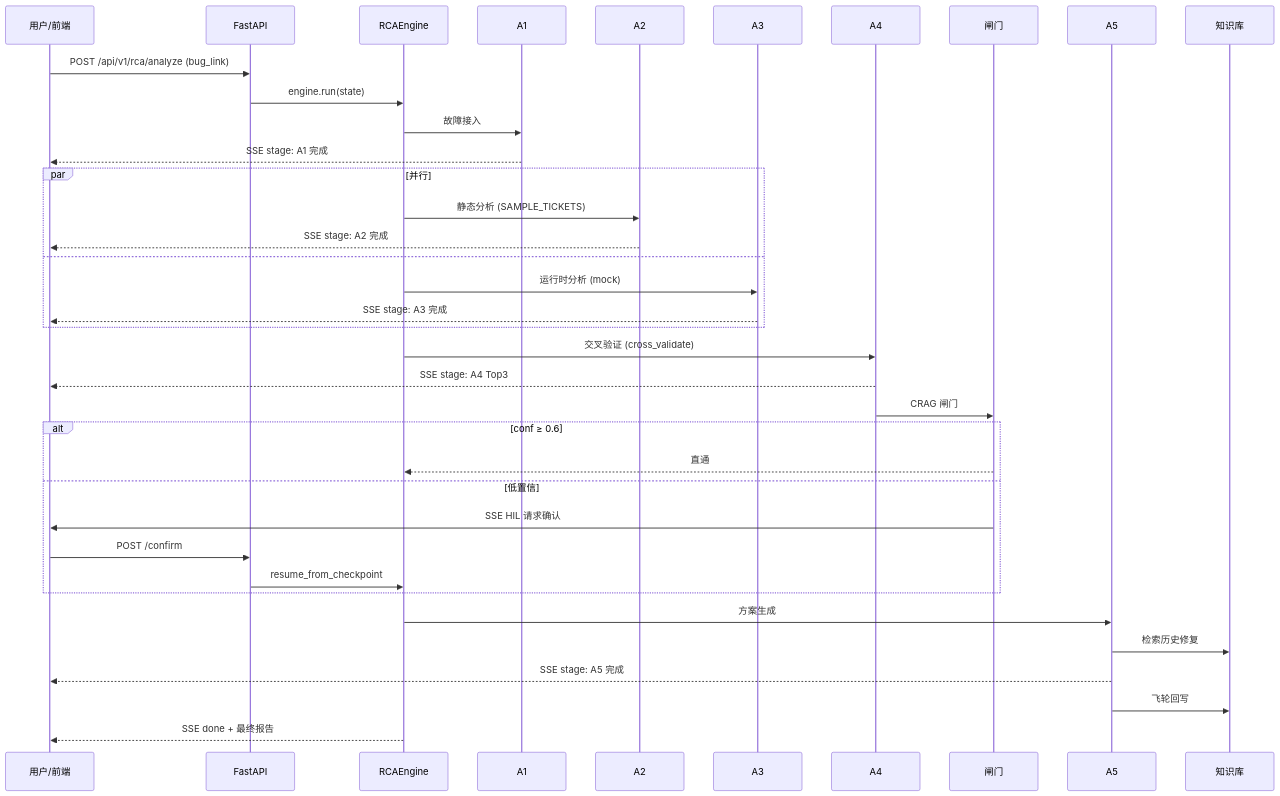
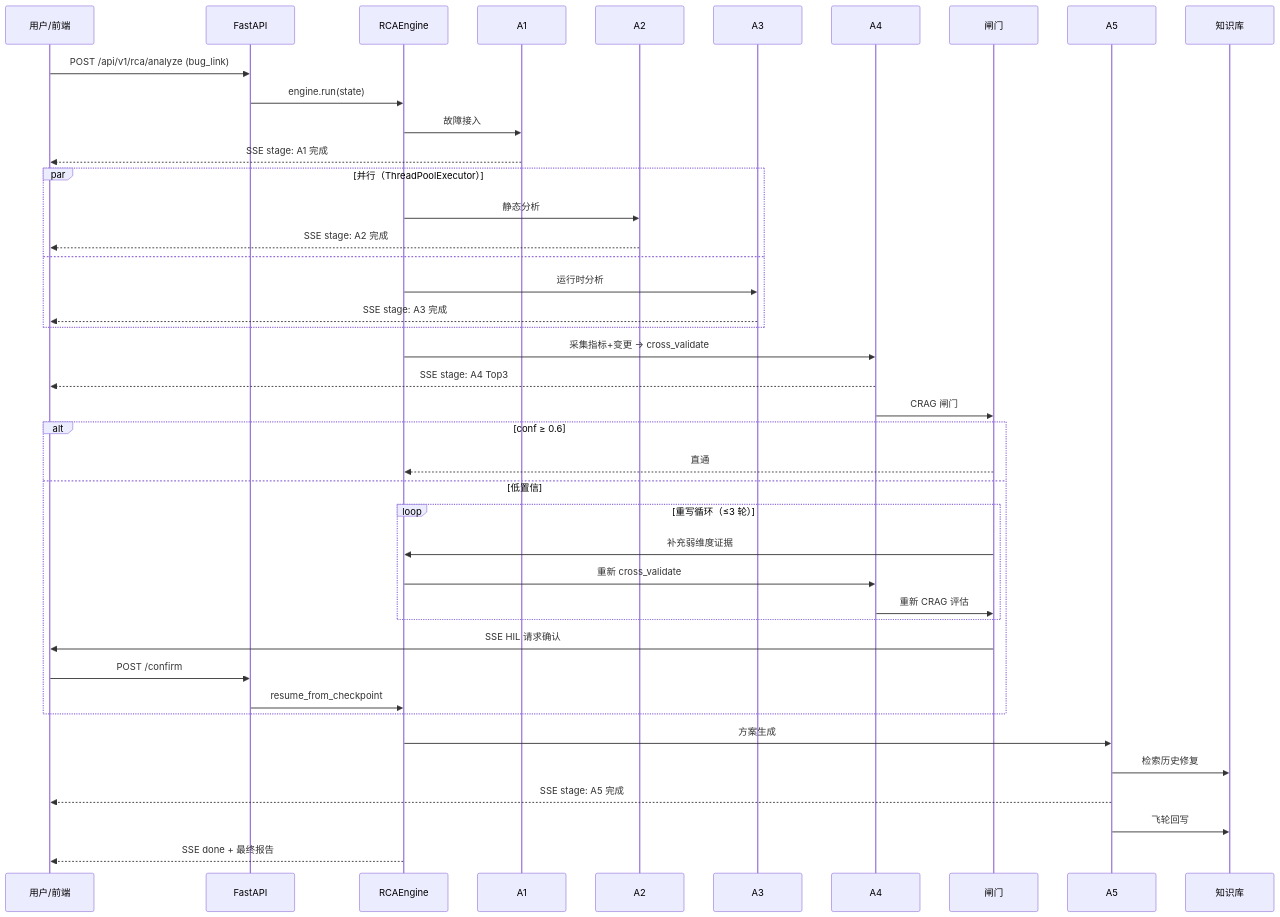
Before and after one commit to bigDataZWH/AutoBugFix: the fourth of 5 diagrams in ARCHITECTURE.md, drawn with Mermaid. The commit also changed other lines of this file, not shown here.

````diff
--- a/ARCHITECTURE.md
+++ b/ARCHITECTURE.md
@@ -170,40 +260,45 @@
 ```mermaid
 sequenceDiagram
     participant U as 用户/前端
     participant API as FastAPI
     participant E as RCAEngine
     participant A1 as A1
     participant A2 as A2
     participant A3 as A3
     participant A4 as A4
     participant G as 闸门
     participant A5 as A5
     participant KB as 知识库
 
     U->>API: POST /api/v1/rca/analyze (bug_link)
     API->>E: engine.run(state)
     E->>A1: 故障接入
     A1-->>U: SSE stage: A1 完成
-    par 并行
-        E->>A2: 静态分析 (SAMPLE_TICKETS)
+    par 并行（ThreadPoolExecutor）
+        E->>A2: 静态分析
         A2-->>U: SSE stage: A2 完成
     and
-        E->>A3: 运行时分析 (mock)
+        E->>A3: 运行时分析
         A3-->>U: SSE stage: A3 完成
     end
-    E->>A4: 交叉验证 (cross_validate)
+    E->>A4: 采集指标+变更 → cross_validate
     A4-->>U: SSE stage: A4 Top3
     A4->>G: CRAG 闸门
     alt conf ≥ 0.6
         G-->>E: 直通
     else 低置信
+        loop 重写循环（≤3 轮）
+            G->>E: 补充弱维度证据
+            E->>A4: 重新 cross_validate
+            A4->>G: 重新 CRAG 评估
+        end
         G->>U: SSE HIL 请求确认
         U->>API: POST /confirm
         API->>E: resume_from_checkpoint
     end
     E->>A5: 方案生成
     A5->>KB: 检索历史修复
     A5-->>U: SSE stage: A5 完成
     A5->>KB: 飞轮回写
     E-->>U: SSE done + 最终报告
 ```
````
